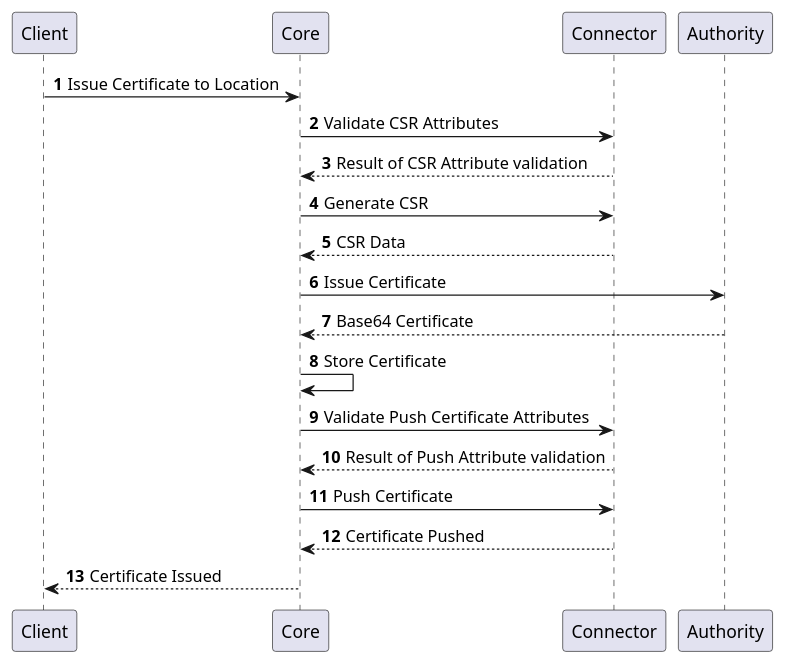
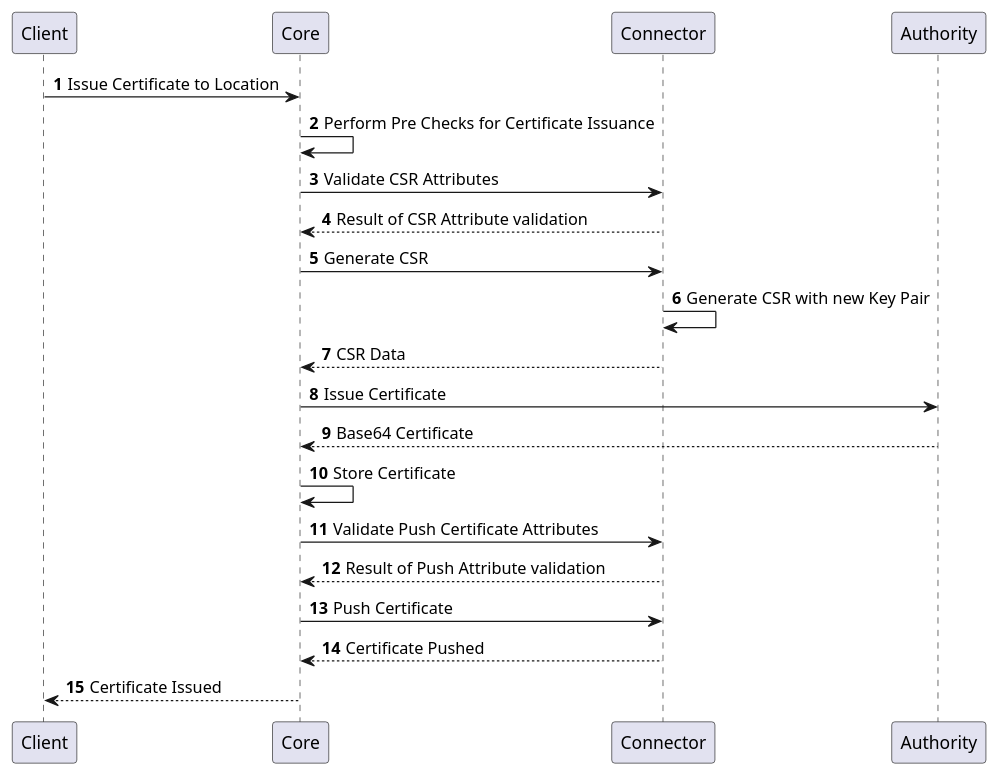
Diagram 11 of 14 in docs/12-connectors/05-description/32-entity-provider.md (CZERTAINLY/CZERTAINLY-Documentation), drawn with PlantUML before and after one commit. The commit also changed other lines of this file and 4 other files, not shown here.

````diff
--- a/docs/12-connectors/05-description/32-entity-provider.md
+++ b/docs/12-connectors/05-description/32-entity-provider.md
@@ -224,19 +224,21 @@
 ```plantuml
     @startuml
     autonumber
     skinparam topurl https://docs.czertainly.com/api/
         Client -> Core [[core-location/#tag/Location-Management-API/operation/issueCertificate]]: Issue Certificate to Location
+        Core -> Core: Perform Pre Checks for Certificate Issuance
         Core -> Connector [[connector-entity-provider/#tag/Location-Operations-API/operation/validateGenerateCsrAttributes]]: Validate CSR Attributes
         Connector --> Core: Result of CSR Attribute validation
         Core -> Connector [[connector-entity-provider/#tag/Location-Operations-API/operation/generateCsrLocation]]: Generate CSR
+        Connector -> Connector: Generate CSR with new Key Pair
         Connector --> Core: CSR Data
         Core -> Authority [[connector-authority-provider-v2/#tag/Certificate-Management-API/operation/issueCertificate]]: Issue Certificate
         Authority --> Core: Base64 Certificate
         Core -> Core: Store Certificate
         Core -> Connector [[connector-entity-provider/#tag/Location-Operations-API/operation/validatePushCertificateAttributes]]: Validate Push Certificate Attributes
         Connector --> Core: Result of Push Attribute validation
         Core -> Connector [[connector-entity-provider/#tag/Location-Operations-API/operation/pushCertificateToLocation]]: Push Certificate
         Connector --> Core: Certificate Pushed
         Core --> Client: Certificate Issued
     @enduml
 ```
````
